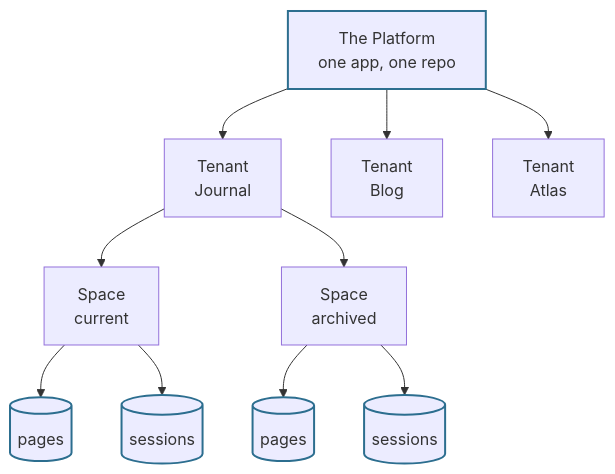
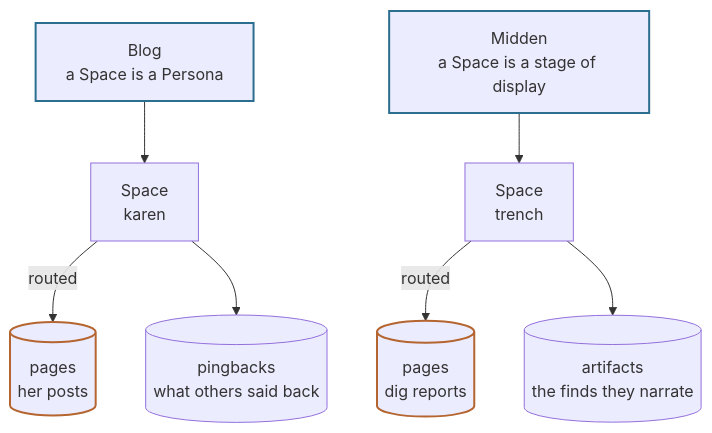
Before and after one commit to feffef/terrarium: the first of 3 diagrams in layers/journal/content/current/pages/architecture.md, drawn with Mermaid. The commit also changed other lines of this file and 2 other files, not shown here.

First line of the commit message:
journal(content): contrast Blog and Midden in the Spaces section

````diff
--- a/layers/journal/content/current/pages/architecture.md
+++ b/layers/journal/content/current/pages/architecture.md
@@ -42,16 +54,15 @@
 ```mermaid
 graph TB
-  P["The Platform<br/>one app, one repo"]
-  P --> J["Tenant<br/>Journal"]
-  P --> B["Tenant<br/>Blog"]
-  P --> A["Tenant<br/>Atlas"]
-  J --> JC["Space<br/>current"]
-  J --> JA["Space<br/>archived"]
-  JC --> C1[("pages")]
-  JC --> C2[("sessions")]
-  JA --> C3[("pages")]
-  JA --> C4[("sessions")]
+  B["Blog<br/>a Space is a Persona"] --> BK["Space<br/>karen"]
+  BK -->|routed| BKP[("pages<br/>her posts")]
+  BK --> BKG[("pingbacks<br/>what others said back")]
+
+  M["Midden<br/>a Space is a stage of display"] --> MT["Space<br/>trench"]
+  MT -->|routed| MTP[("pages<br/>dig reports")]
+  MT --> MTA[("artifacts<br/>the finds they narrate")]
 
   classDef build stroke:#2c6e8f,stroke-width:2px;
-  class P,C1,C2,C3,C4 build;
+  classDef serve stroke:#b5652f,stroke-width:2px;
+  class B,M build;
+  class BKP,MTP serve;
 ```
````
